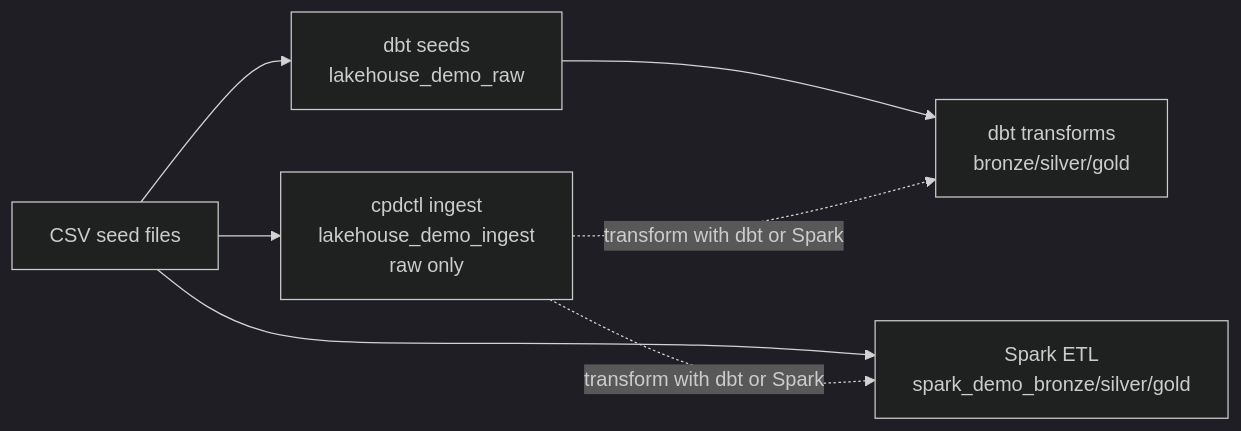
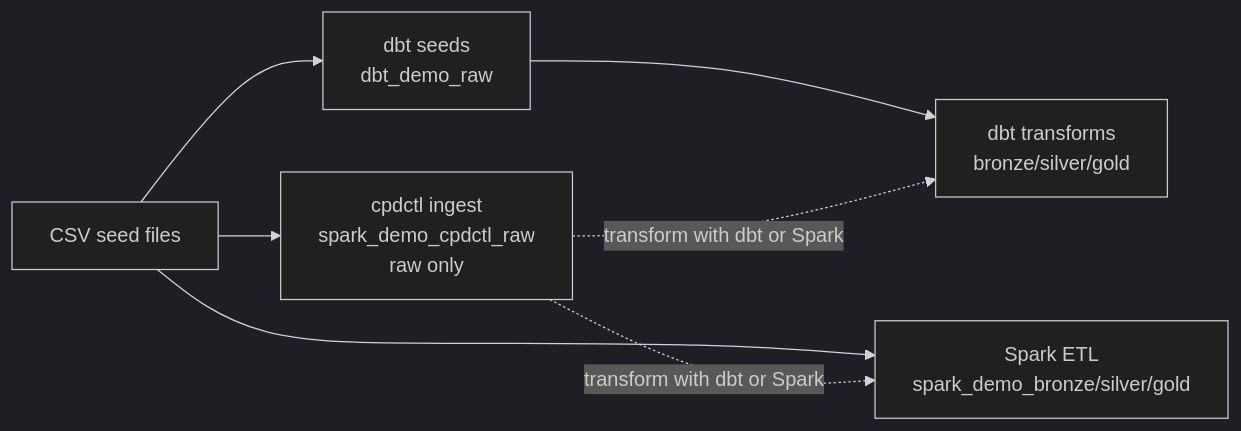
One commit to aseelert/ibmas-watsonxdata-dbt changed the first of 3 diagrams in docs/glossary.md. Above: the diagram before and after it, drawn with Mermaid (dark theme). The commit also changed other lines of this file and 32 other files, not shown here.

First line of the commit message:
refactor(storage): self-documenting schema names, uniform bucket-root layout

````diff
--- a/docs/glossary.md
+++ b/docs/glossary.md
@@ -128,8 +128,8 @@
 ```mermaid
 flowchart LR
-    CSV[CSV seed files] --> dbt[dbt seeds<br/>lakehouse_demo_raw] --> dbtT[dbt transforms<br/>bronze/silver/gold]
+    CSV[CSV seed files] --> dbt[dbt seeds<br/>dbt_demo_raw] --> dbtT[dbt transforms<br/>bronze/silver/gold]
     CSV --> Spark[Spark ETL<br/>spark_demo_bronze/silver/gold]
-    CSV --> cpdctl[cpdctl ingest<br/>lakehouse_demo_ingest<br/>raw only]
+    CSV --> cpdctl[cpdctl ingest<br/>spark_demo_cpdctl_raw<br/>raw only]
     cpdctl -. transform with dbt or Spark .-> dbtT
     cpdctl -. transform with dbt or Spark .-> Spark
 ```
````
